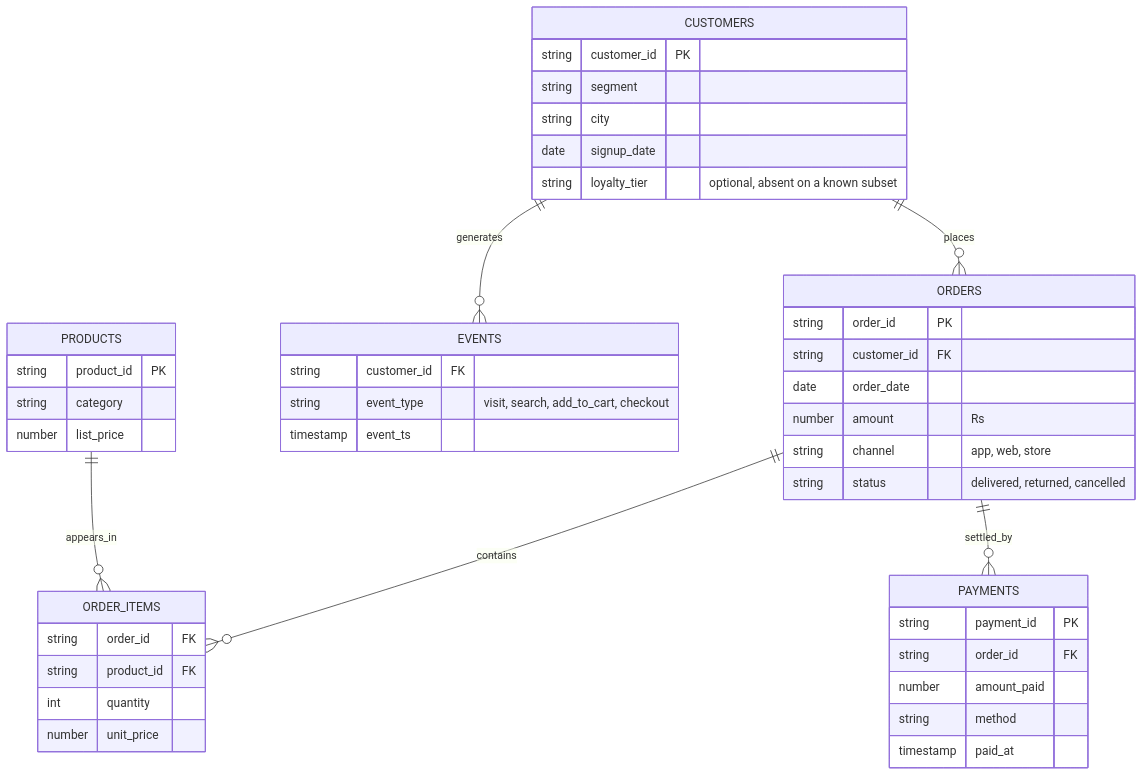
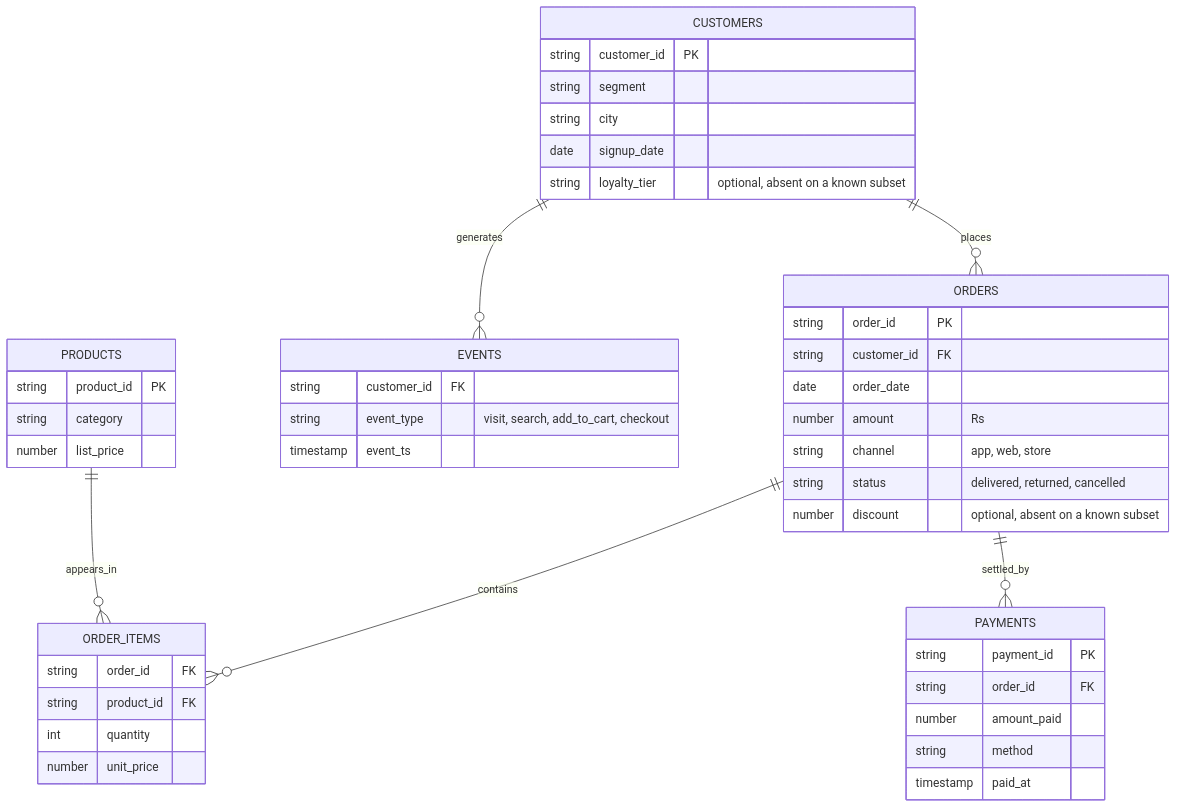
Before and after one commit to fde-academy-lab/c2-content-factory: the second of 2 diagrams in docs/07_Client_Zero.md, drawn with Mermaid. The commit also changed other lines of this file and 11 other files, not shown here.

````diff
--- a/docs/07_Client_Zero.md
+++ b/docs/07_Client_Zero.md
@@ -52,46 +52,47 @@
 ```mermaid
 erDiagram
     CUSTOMERS ||--o{ ORDERS : places
     CUSTOMERS ||--o{ EVENTS : generates
     ORDERS ||--o{ ORDER_ITEMS : contains
     ORDERS ||--o{ PAYMENTS : settled_by
     PRODUCTS ||--o{ ORDER_ITEMS : appears_in
     CUSTOMERS {
         string customer_id PK
         string segment
         string city
         date signup_date
         string loyalty_tier "optional, absent on a known subset"
     }
     ORDERS {
         string order_id PK
         string customer_id FK
         date order_date
         number amount "Rs"
         string channel "app, web, store"
         string status "delivered, returned, cancelled"
+        number discount "optional, absent on a known subset"
     }
     ORDER_ITEMS {
         string order_id FK
         string product_id FK
         int quantity
         number unit_price
     }
     PAYMENTS {
         string payment_id PK
         string order_id FK
         number amount_paid
         string method
         timestamp paid_at
     }
     PRODUCTS {
         string product_id PK
         string category
         number list_price
     }
     EVENTS {
         string customer_id FK
         string event_type "visit, search, add_to_cart, checkout"
         timestamp event_ts
     }
 ```
````
